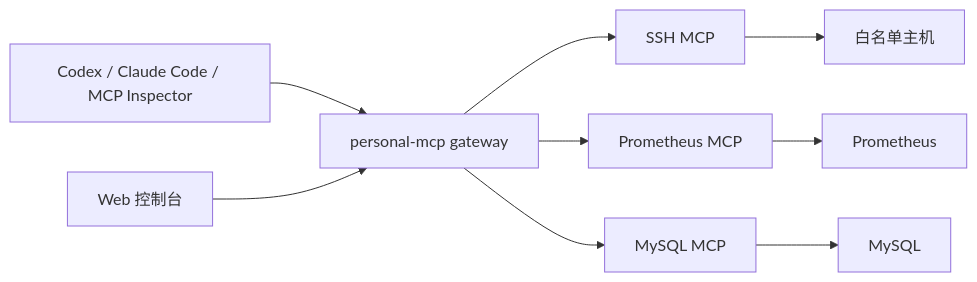
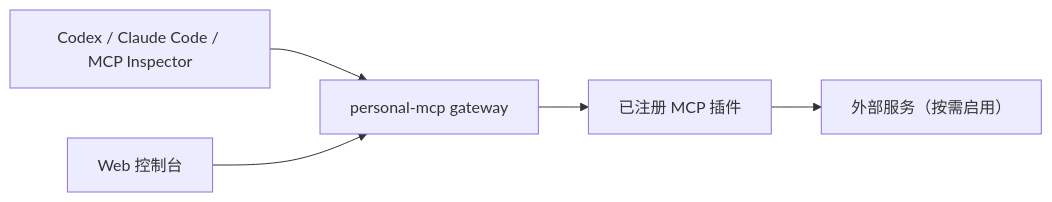
The diagram in README.md (luozijian1990/personal-mcp), drawn with Mermaid before and after one commit. The commit also changed other lines of this file and 8 other files, not shown here.

````diff
--- a/README.md
+++ b/README.md
@@ -41,11 +39,7 @@
 ```mermaid
 flowchart LR
     Clients[Codex / Claude Code / MCP Inspector] --> Gateway[personal-mcp gateway]
     Browser[Web 控制台] --> Gateway
-    Gateway --> SSH[SSH MCP]
-    Gateway --> Prom[Prometheus MCP]
-    Gateway --> MySQL[MySQL MCP]
-    SSH --> Hosts[白名单主机]
-    Prom --> Metrics[Prometheus]
-    MySQL --> Database[MySQL]
+    Gateway --> Plugins[已注册 MCP 插件]
+    Plugins --> Targets[外部服务（按需启用）]
 ```
````
